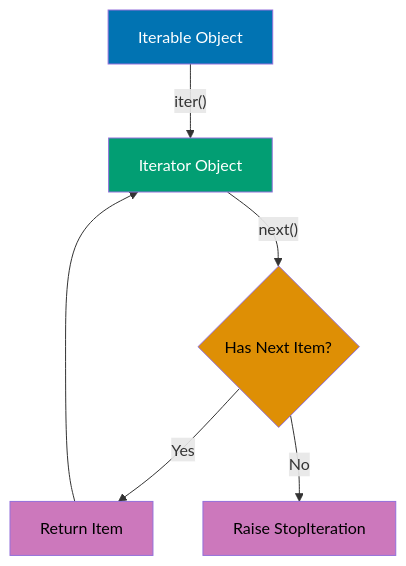
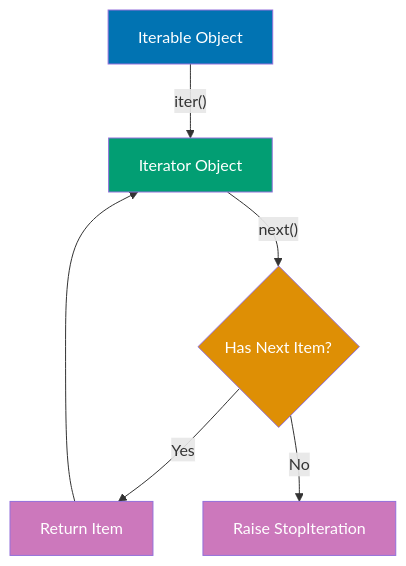
Diagram 11 of 11 in apps/ayokoding-web/content/en/learn/software-engineering/programming-languages/python/by-example/beginner.md (wahidyankf/open-sharia-enterprise), drawn with Mermaid before and after one commit. The commit also changed other lines of this file and 61 other files, not shown here.

First line of the commit message:
fix(ayokoding-web): quote Mermaid node labels with special characters in Example 63

````diff
--- a/apps/ayokoding-web/content/en/learn/software-engineering/programming-languages/python/by-example/beginner.md
+++ b/apps/ayokoding-web/content/en/learn/software-engineering/programming-languages/python/by-example/beginner.md
@@ -3597,15 +3597,15 @@
 ```mermaid
 %% Iterator protocol flow
 graph TD
     A[Iterable Object] -->|iter#40;#41;| B[Iterator Object]
     B -->|next#40;#41;| C{Has Next Item?}
     C -->|Yes| D[Return Item]
     C -->|No| E[Raise StopIteration]
     D --> B
 
     style A fill:#0173B2,color:#fff
     style B fill:#029E73,color:#fff
-    style C fill:#DE8F05,color:#000
-    style D fill:#CC78BC,color:#000
-    style E fill:#CC78BC,color:#000
+    style C fill:#DE8F05,color:#fff
+    style D fill:#CC78BC,color:#fff
+    style E fill:#CC78BC,color:#fff
 ```
````
